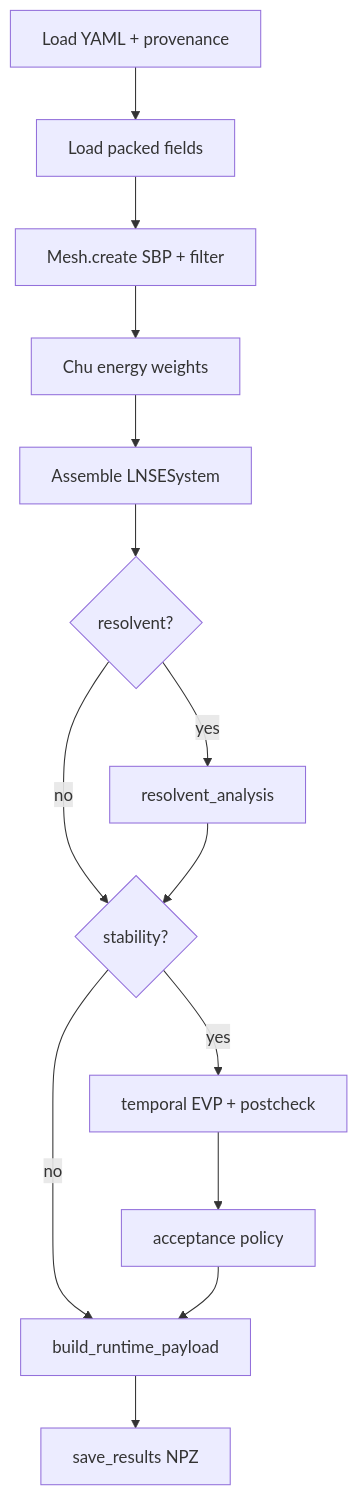
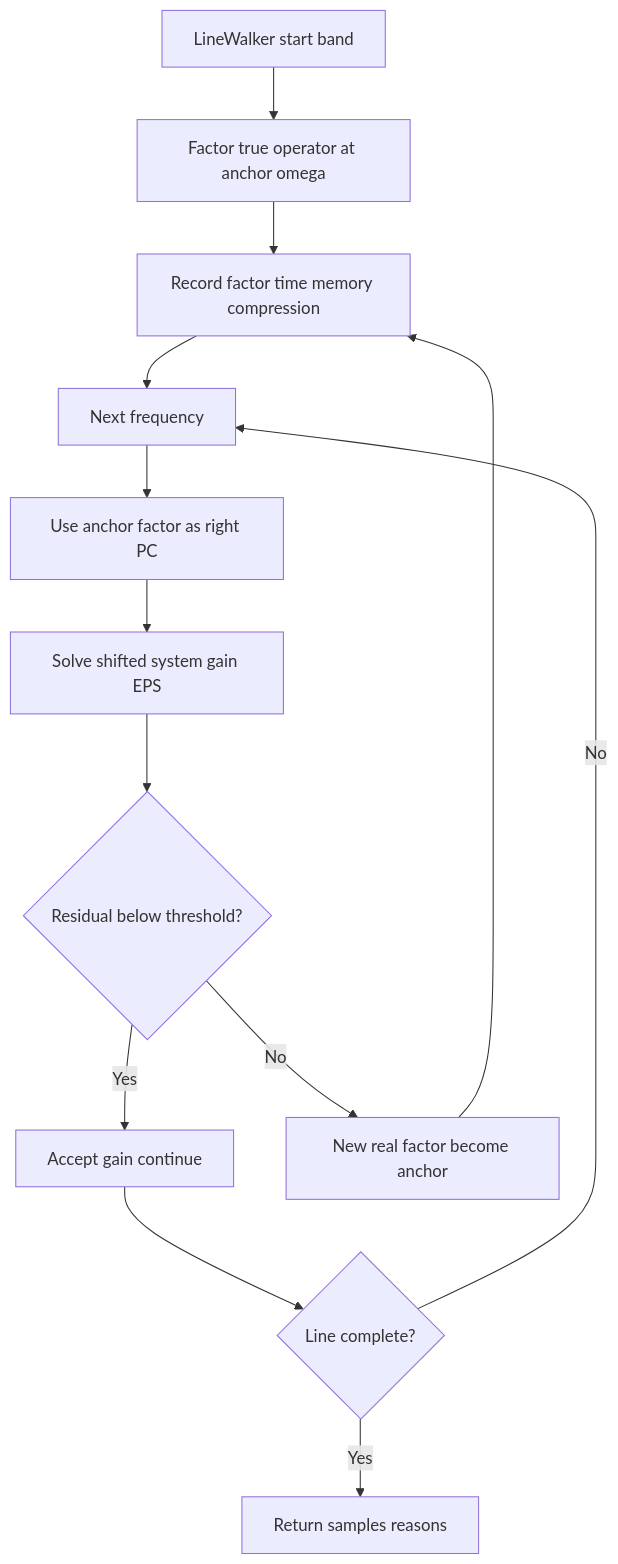
Diagram 12 of 12 in wiki/3.Workflow.md (openfluids/linstabpy), drawn with Mermaid before and after one commit. The commit also changed other lines of this file and 30 other files, not shown here.

````diff
--- a/wiki/3.Workflow.md
+++ b/wiki/3.Workflow.md
@@ -13,16 +688,27 @@
 ```mermaid
 flowchart TD
-  A["Load YAML + provenance"] --> B["Load packed fields"]
-  B --> C["Mesh.create SBP + filter"]
-  C --> D["Chu energy weights"]
-  D --> E["Assemble LNSESystem"]
-  E --> F{"resolvent?"}
-  F -->|yes| G["resolvent_analysis"]
-  F -->|no| H{"stability?"}
-  G --> H
-  H -->|yes| I["temporal EVP + postcheck"]
-  I --> J["acceptance policy"]
-  H -->|no| K["build_runtime_payload"]
-  J --> K
-  K --> L["save_results NPZ"]
+    WalkInit["LineWalker start band"]
+    PayAnchor["Factor true operator at anchor omega"]
+    MeasureCost["Record factor time memory compression"]
+    NextOm["Next frequency"]
+    PCApply["Use anchor factor as right PC"]
+    SolveOm["Solve shifted system gain EPS"]
+    Gate{"Residual below threshold?"}
+    Keep["Accept gain continue"]
+    NewFac["New real factor become anchor"]
+    Done{"Line complete?"}
+    WalkEnd["Return samples reasons"]
+
+    WalkInit --> PayAnchor
+    PayAnchor --> MeasureCost
+    MeasureCost --> NextOm
+    NextOm --> PCApply
+    PCApply --> SolveOm
+    SolveOm --> Gate
+    Gate -->|Yes| Keep
+    Gate -->|No| NewFac
+    NewFac --> MeasureCost
+    Keep --> Done
+    Done -->|No| NextOm
+    Done -->|Yes| WalkEnd
 ```
````
